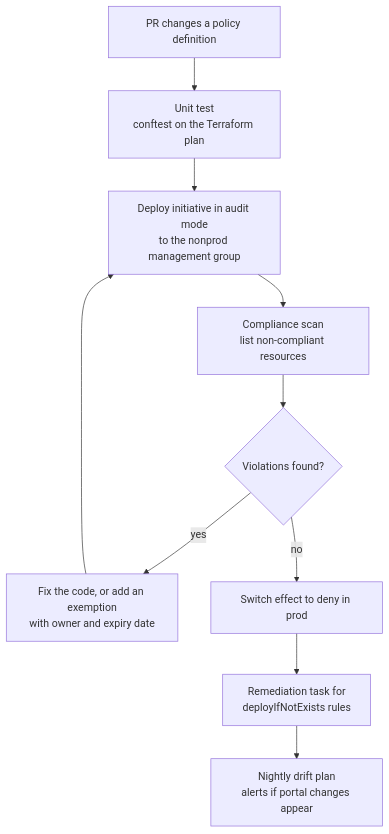
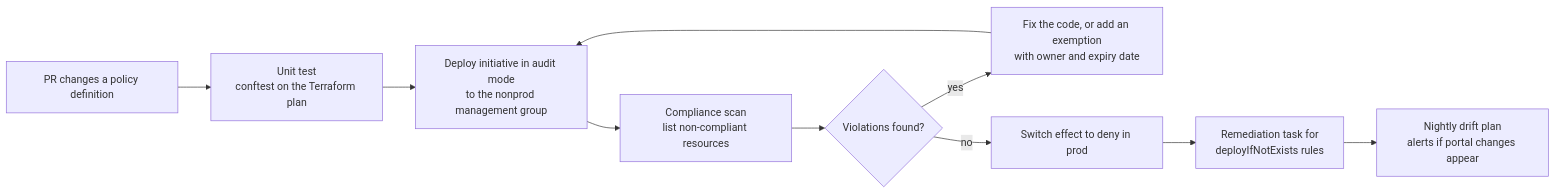
The fourth of 4 diagrams in README.md (sharifndlovu123/regulated-landing-zone), drawn with Mermaid before and after one commit. The commit also changed other lines of this file, not shown here.

Commit message:
Enhance README with detailed build status flowchart and governance structure

````diff
--- a/README.md
+++ b/README.md
@@ -151,12 +205,12 @@
 ```mermaid
-flowchart TD
+flowchart LR
   A["PR changes a policy definition"] --> B["Unit test<br/>conftest on the Terraform plan"]
   B --> C["Deploy initiative in audit mode<br/>to the nonprod management group"]
   C --> D["Compliance scan<br/>list non-compliant resources"]
   D --> E{"Violations found?"}
   E -->|"yes"| F["Fix the code, or add an exemption<br/>with owner and expiry date"]
   F --> C
   E -->|"no"| G["Switch effect to deny in prod"]
   G --> H["Remediation task for<br/>deployIfNotExists rules"]
   H --> I["Nightly drift plan<br/>alerts if portal changes appear"]
 ```
````
